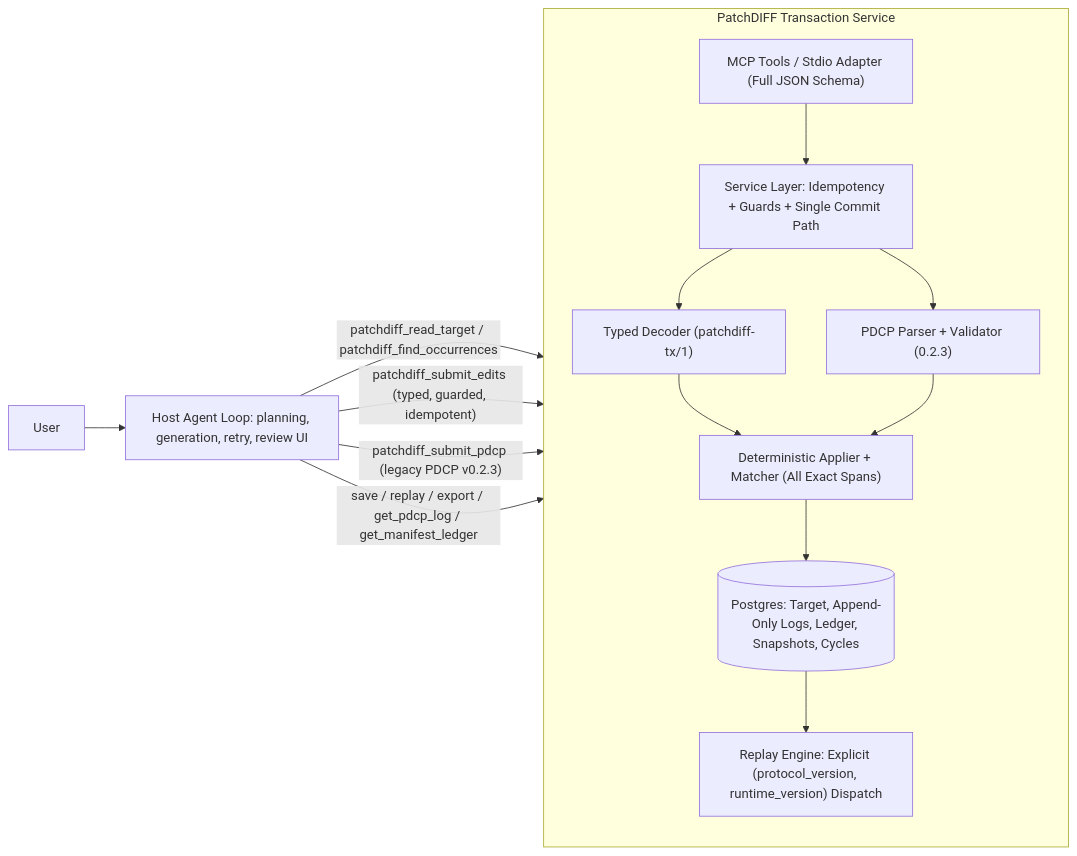
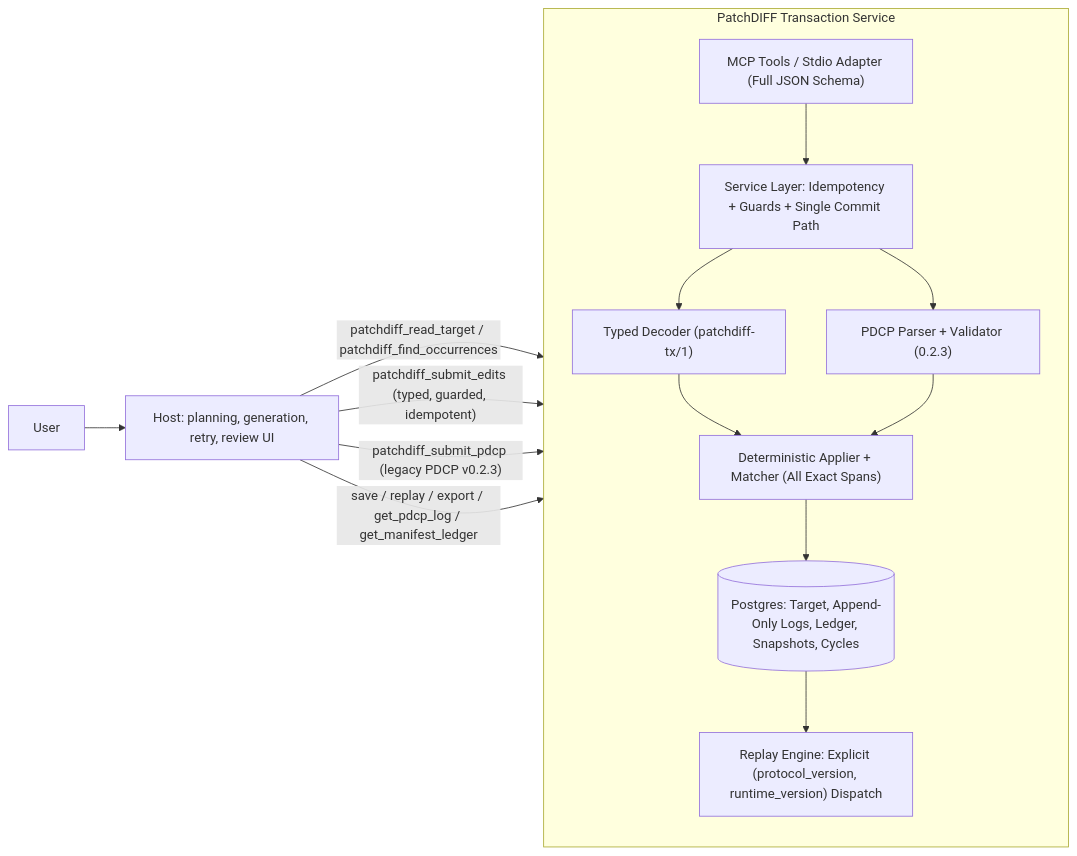
Before and after one commit to paragon-ux/Patch-DIFF: the diagram in docs/MODERNIZATION_ARCHITECTURE.md, drawn with Mermaid. The commit also changed other lines of this file and 25 other files, not shown here.

````diff
--- a/docs/MODERNIZATION_ARCHITECTURE.md
+++ b/docs/MODERNIZATION_ARCHITECTURE.md
@@ -82,16 +82,16 @@
 ```mermaid
 flowchart LR
-    U["User"] --> H["Host Agent Loop: planning, generation, retry, review UI"]
+    U["User"] --> H["Host: planning, generation, retry, review UI"]
     H -- "patchdiff_read_target / patchdiff_find_occurrences" --> T
     H -- "patchdiff_submit_edits (typed, guarded, idempotent)" --> T
     H -- "patchdiff_submit_pdcp (legacy PDCP v0.2.3)" --> T
     H -- "save / replay / export / get_pdcp_log / get_manifest_ledger" --> T
     subgraph T ["PatchDIFF Transaction Service"]
         direction TB
         MCP["MCP Tools / Stdio Adapter (Full JSON Schema)"] --> SVC["Service Layer: Idempotency + Guards + Single Commit Path"]
         SVC --> D1["Typed Decoder (patchdiff-tx/1)"] --> APP
         SVC --> D2["PDCP Parser + Validator (0.2.3)"] --> APP
         APP["Deterministic Applier + Matcher (All Exact Spans)"] --> DB[("Postgres: Target, Append-Only Logs, Ledger, Snapshots, Cycles")]
         DB --> R["Replay Engine: Explicit (protocol_version, runtime_version) Dispatch"]
     end
 ```
````
